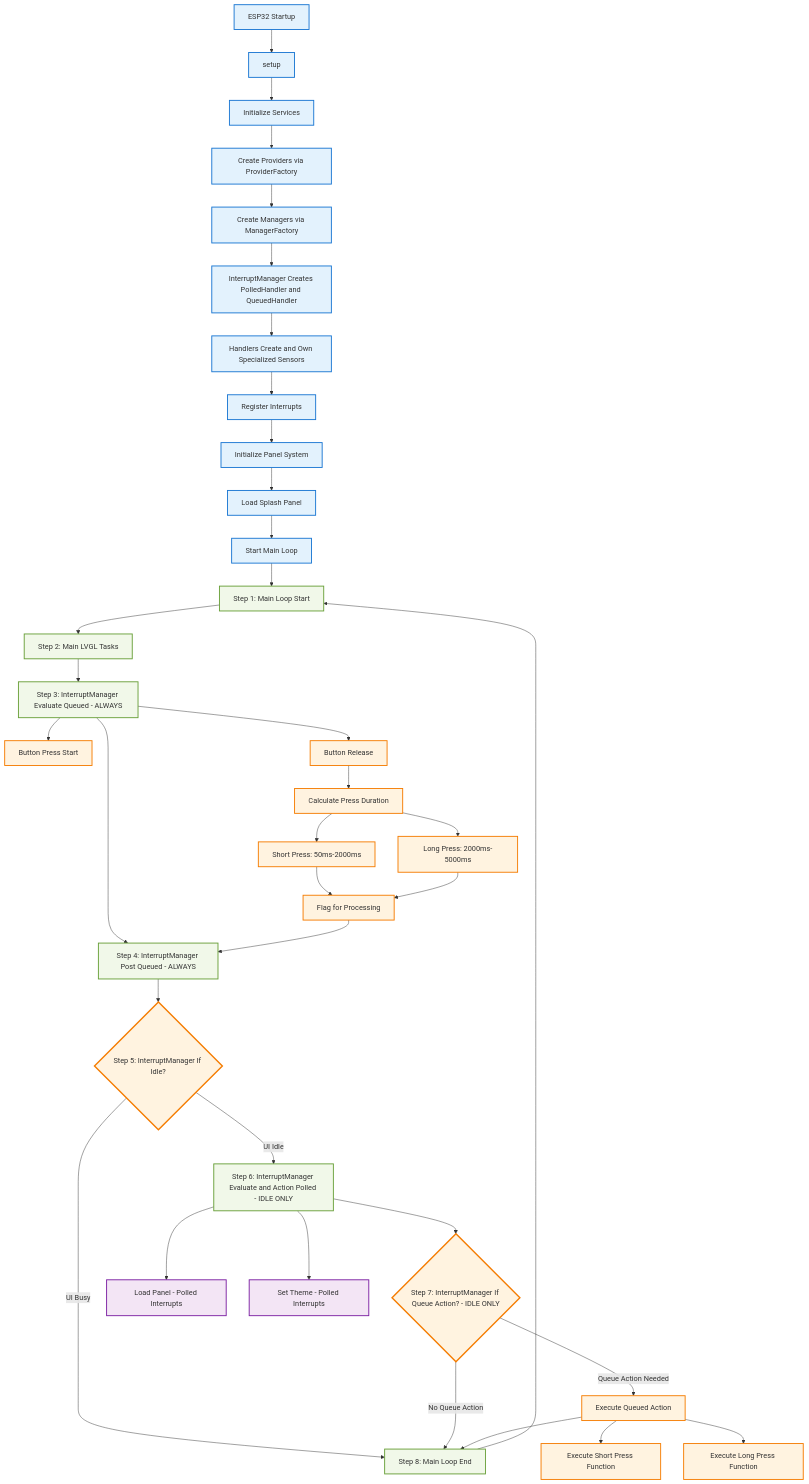
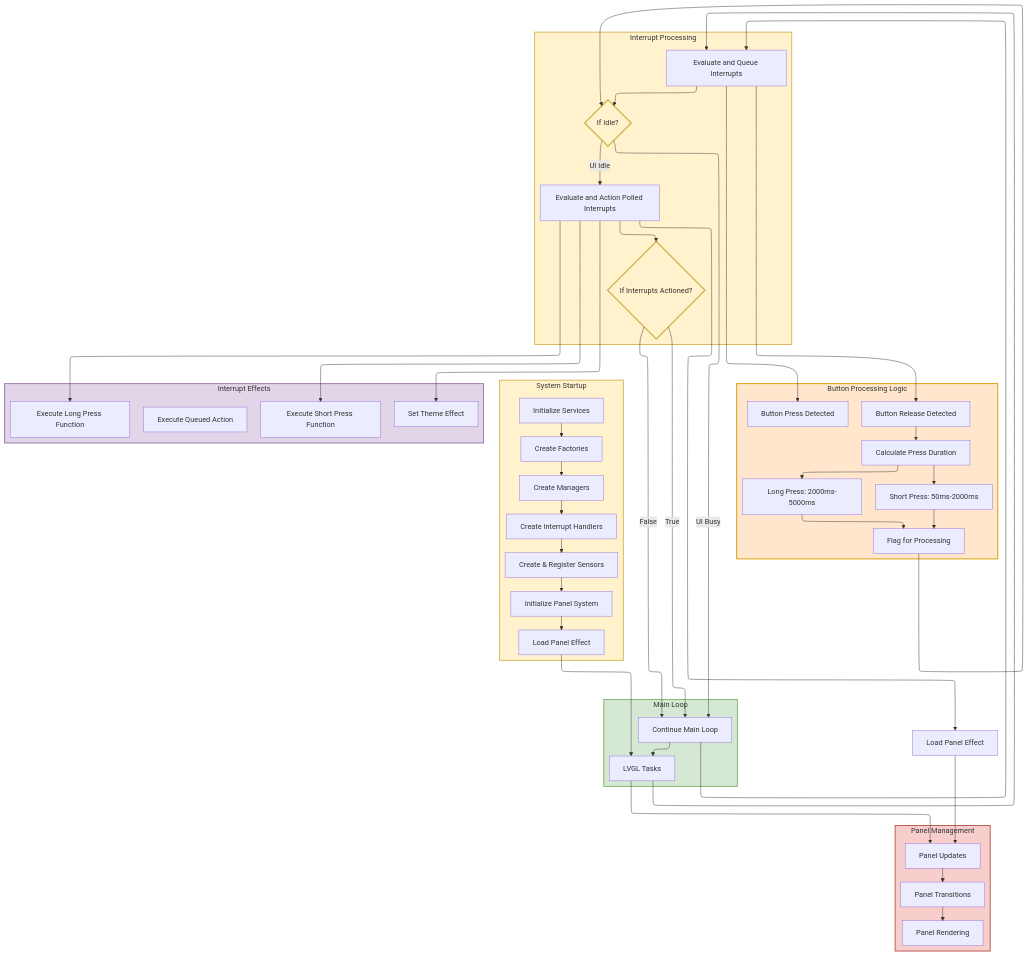
Before and after one commit to marcelrienks/Clarity: the diagram in docs/diagrams/application-flow.md, drawn with Mermaid. The commit also changed other lines of this file and 1 other file, not shown here.

````diff
--- a/docs/diagrams/application-flow.md
+++ b/docs/diagrams/application-flow.md
@@ -19,100 +21,122 @@
 ```mermaid
+---
+config:
+  layout: elk
+  theme: default
+  elk:
+    algorithm: layered
+    direction: DOWN
+---
 flowchart TD
-    %% Startup Flow
-    Start[ESP32 Startup]
-    Setup[setup]
-    InitServices[Initialize Services]
-    CreateProviders[Create Providers via ProviderFactory]
-    CreateManagers[Create Managers via ManagerFactory]
-    CreateHandlers[InterruptManager Creates PolledHandler and QueuedHandler]
-    CreateSensors[Handlers Create and Own Specialized Sensors]
-    RegisterInterrupts[Register Interrupts]
-    InitPanels[Initialize Panel System]
-    LoadSplash[Load Splash Panel]
-    StartLoop[Start Main Loop]
+    %% Startup Sequence Layer
+    subgraph StartupLayer ["System Startup"]
+        InitServices["Initialize Services"]
+        CreateFactories["Create Factories"]
+        CreateManagers["Create Managers"]
+        CreateHandlers["Create Interrupt Handlers"]
+        CreateSensors["Create & Register Sensors"]
+        InitPanels["Initialize Panel System"]
+        LoadPanel["Load Panel"]
+    end
     
-    %% Main Loop - 8 Step Flow
-    Step1[Step 1: Main Loop Start]
-    Step2[Step 2: Main LVGL Tasks]
-    Step3[Step 3: InterruptManager Evaluate Queued - ALWAYS]
-    Step4[Step 4: InterruptManager Post Queued - ALWAYS]
-    Step5{Step 5: InterruptManager If Idle?}
-    Step6[Step 6: InterruptManager Evaluate and Action Polled - IDLE ONLY]
-    Step7{Step 7: InterruptManager If Queue Action? - IDLE ONLY}
-    Step8[Step 8: Main Loop End]
+    %% Interrupt Processing
+    subgraph InterruptProcessing ["Interrupt Processing"]
+        EvalQueue["Evaluate and Queue Interrupts"]
+        IsIdle{"If Idle?"}
+        EvalPolled["Evaluate and Action Polled Interrupts"]
+        InterruptsActioned{"If Interrupts Actioned?"}
+    end
     
-    %% Queue Action Execution
-    ExecuteQueuedAction[Execute Queued Action]
+    %% Main Loop
+    subgraph MainLoop ["Main Loop"]
+        LVGLTasks["LVGL Tasks"]
+        ContinueMainLoop["Continue Main Loop"]
+    end
+    
+    %% Panel Management
+    subgraph PanelManagement ["Panel Management"]
+        PanelUpdates["Panel Updates"]
+        PanelTransitions["Panel Transitions"]
+        PanelRendering["Panel Rendering"]
+    end
     
     %% Button Processing Detail
-    ButtonPressStart[Button Press Start]
-    ButtonRelease[Button Release]
-    CalcDuration[Calculate Press Duration]
-    ShortPress[Short Press: 50ms-2000ms]
-    LongPress[Long Press: 2000ms-5000ms]
-    FlagForProcessing[Flag for Processing]
+    subgraph ButtonProcessing ["Button Processing Logic"]
+        ButtonPressStart["Button Press Detected"]
+        ButtonRelease["Button Release Detected"]
+        CalcDuration["Calculate Press Duration"]
+        ShortPressDetected["Short Press: 50ms-2000ms"]
+        LongPressDetected["Long Press: 2000ms-5000ms"]
+        FlagProcessing["Flag for Processing"]
+    end
     
-    %% Panel Effects
-    LoadPanel[Load Panel - Polled Interrupts]
-    SetTheme[Set Theme - Polled Interrupts]
-    ExecuteShortPress[Execute Short Press Function]
-    ExecuteLongPress[Execute Long Press Function]
+    %% Interrupt Effects Layer
+    subgraph InterruptEffects ["Interrupt Effects"]
+        ExecuteQueued["Execute Queued Action"]
+        ExecuteShortPress["Execute Short Press Function"]
+        ExecuteLongPress["Execute Long Press Function"]
+        LoadPanel["Load Panel Effect"]
+        SetTheme["Set Theme Effect"]
+    end
     
-    %% Startup Connections
-    Start --> Setup
-    Setup --> InitServices
-    InitServices --> CreateProviders
-    CreateProviders --> CreateManagers
+    %% Startup Flow
+    InitServices --> CreateFactories
+    CreateFactories --> CreateManagers
     CreateManagers --> CreateHandlers
     CreateHandlers --> CreateSensors
-    CreateSensors --> RegisterInterrupts
-    RegisterInterrupts --> InitPanels
-    InitPanels --> LoadSplash
-    LoadSplash --> StartLoop
+    CreateSensors --> InitPanels
+    InitPanels --> LoadPanel
+    LoadPanel --> LVGLTasks
     
-    %% Main Loop Connections - 8 Step Flow
-    StartLoop --> Step1
-    Step1 --> Step2
-    Step2 --> Step3
-    Step3 --> Step4
-    Step4 --> Step5
-    Step5 -->|UI Idle| Step6
-    Step5 -->|UI Busy| Step8
-    Step6 --> Step7
-    Step7 -->|Queue Action Needed| ExecuteQueuedAction
-    Step7 -->|No Queue Action| Step8
-    ExecuteQueuedAction --> Step8
-    Step8 --> Step1
+    %% Main Loop Flow
+    LVGLTasks --> EvalQueue
+    ContinueMainLoop --> LVGLTasks
     
-    %% Button Processing Connections - Step 3 Always Runs
-    Step3 --> ButtonPressStart
-    Step3 --> ButtonRelease
+    %% Interrupt Processing Flow
+    EvalQueue --> IsIdle
+    IsIdle -->|"UI Idle"| EvalPolled
+    IsIdle -->|"UI Busy"| ContinueMainLoop
+    EvalPolled --> InterruptsActioned
+    InterruptsActioned -->|"True"| ContinueMainLoop
+    InterruptsActioned -->|"False"| ContinueMainLoop
+    ContinueMainLoop --> EvalQueue
+    
+    %% Button Processing Integration
+    EvalQueue --> ButtonPressStart
+    EvalQueue --> ButtonRelease
     ButtonRelease --> CalcDuration
-    CalcDuration --> ShortPress
-    CalcDuration --> LongPress
-    ShortPress --> FlagForProcessing
-    LongPress --> FlagForProcessing
-    FlagForProcessing --> Step4
+    CalcDuration --> ShortPressDetected
+    CalcDuration --> LongPressDetected
+    ShortPressDetected --> FlagProcessing
+    LongPressDetected --> FlagProcessing
+    FlagProcessing --> IsIdle
     
-    %% Queue Action Execution - Step 7 Conditional
-    ExecuteQueuedAction --> ExecuteShortPress
-    ExecuteQueuedAction --> ExecuteLongPress
+    %% Interrupt Effects Execution
+    EvalPolled --> LoadPanelEffect["Load Panel Effect"]
+    EvalPolled --> SetTheme
+    EvalPolled --> ExecuteShortPress
+    EvalPolled --> ExecuteLongPress
     
-    %% Polled Effect Connections - Step 6 Idle Only
-    Step6 --> LoadPanel
-    Step6 --> SetTheme
+    %% Panel Management Integration
+    LVGLTasks --> PanelUpdates
+    PanelUpdates --> PanelTransitions
+    PanelTransitions --> PanelRendering
+    LoadPanelEffect --> PanelUpdates
     
-    %% Styling
-    classDef startup fill:#e3f2fd,stroke:#1976d2,stroke-width:2px
-    classDef mainloop fill:#f1f8e9,stroke:#689f38,stroke-width:2px
-    classDef button fill:#fff3e0,stroke:#f57c00,stroke-width:2px
-    classDef effect fill:#f3e5f5,stroke:#7b1fa2,stroke-width:2px
-    classDef decision fill:#fff3e0,stroke:#f57c00,stroke-width:3px
+    %% Styling to Match Architecture Overview
+    classDef startup fill:#fff2cc,stroke:#d6b656,stroke-width:2px
+    classDef interrupt fill:#fff2cc,stroke:#d6b656,stroke-width:2px  
+    classDef mainloop fill:#d5e8d4,stroke:#82b366,stroke-width:2px
+    classDef panel fill:#f8cecc,stroke:#b85450,stroke-width:2px
+    classDef button fill:#ffe6cc,stroke:#d79b00,stroke-width:2px
+    classDef effects fill:#e1d5e7,stroke:#9673a6,stroke-width:2px
+    classDef decision fill:#fff2cc,stroke:#d6b656,stroke-width:3px
     
-    class Start,Setup,InitServices,CreateProviders,CreateManagers,CreateHandlers,CreateSensors,RegisterInterrupts,InitPanels,LoadSplash,StartLoop startup
-    class Step1,Step2,Step3,Step4,Step6,Step8 mainloop
-    class ButtonPressStart,ButtonRelease,CalcDuration,ShortPress,LongPress,FlagForProcessing button
-    class ExecuteQueuedAction,ExecuteShortPress,ExecuteLongPress button
-    class LoadPanel,SetTheme effect
-    class Step5,Step7 decision
+    class StartupLayer startup
+    class InterruptProcessing interrupt
+    class MainLoop mainloop
+    class PanelManagement panel
+    class ButtonProcessing button
+    class InterruptEffects effects
+    class IsIdle,InterruptsActioned decision
 ```
````
